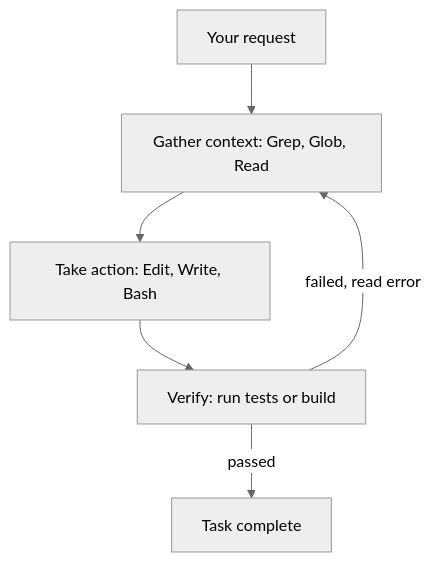
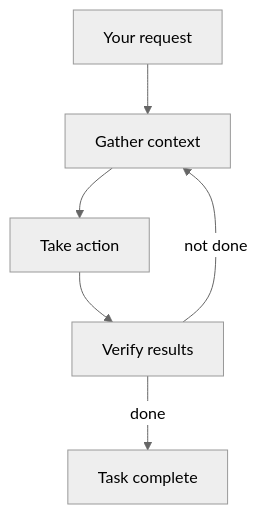
Before and after one commit to kaisarnajar/outcome-school-blogs: the first of 3 diagrams in notes/step-11-agentic-engineering-and-agent-frameworks/144-how-does-claude-code-work.md, drawn with Mermaid (neutral theme). The commit also changed other lines of this file and 233 other files, not shown here.

````diff
--- a/notes/step-11-agentic-engineering-and-agent-frameworks/144-how-does-claude-code-work.md
+++ b/notes/step-11-agentic-engineering-and-agent-frameworks/144-how-does-claude-code-work.md
@@ -36,8 +26,8 @@
 ```mermaid
 flowchart TD
-    R["Your request"] --> G["Gather context: Grep, Glob, Read"]
-    G --> A["Take action: Edit, Write, Bash"]
-    A --> V["Verify: run tests or build"]
-    V -->|"failed, read error"| G
-    V -->|"passed"| D["Task complete"]
+    RQ["Your request"] --> GC["Gather context"]
+    GC --> TA["Take action"]
+    TA --> VR["Verify results"]
+    VR -->|"not done"| GC
+    VR -->|"done"| TC["Task complete"]
 ```
````
